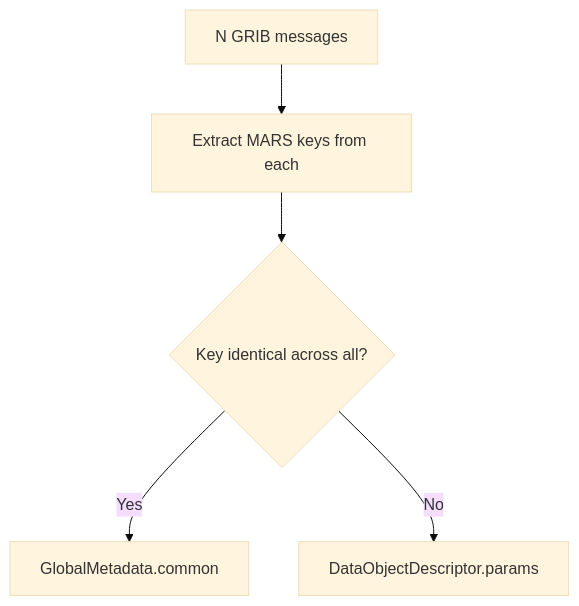
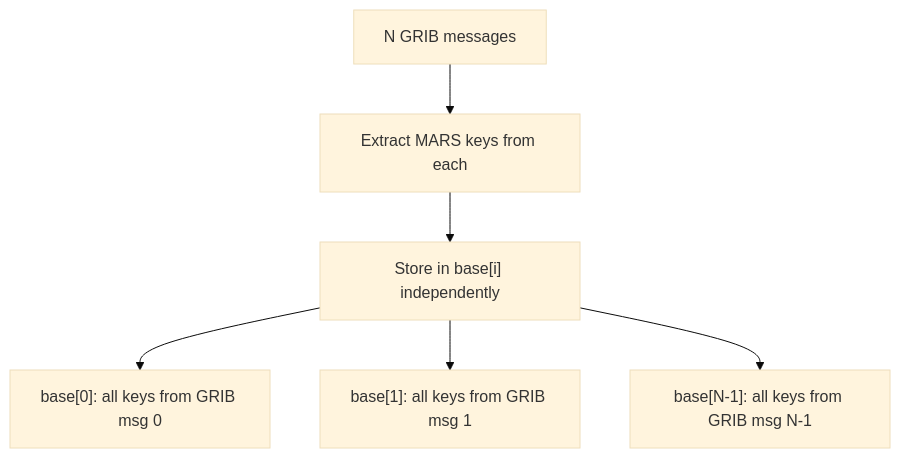
The diagram in docs/src/grib/metadata-mapping.md (ecmwf/tensogram), drawn with Mermaid (base theme) before and after one commit. The commit also changed other lines of this file and 91 other files, not shown here.

First line of the commit message:
refactor!: replace common/payload metadata with per-object base array

````diff
--- a/docs/src/grib/metadata-mapping.md
+++ b/docs/src/grib/metadata-mapping.md
@@ -72,7 +71,8 @@
 ```mermaid
 graph TD
     A[N GRIB messages] --> B[Extract MARS keys from each]
-    B --> C{Key identical across all?}
-    C -->|Yes| D[GlobalMetadata.common]
-    C -->|No| E[DataObjectDescriptor.params]
+    B --> C["Store in base[i] independently"]
+    C --> D["base[0]: all keys from GRIB msg 0"]
+    C --> E["base[1]: all keys from GRIB msg 1"]
+    C --> F["base[N-1]: all keys from GRIB msg N-1"]
 ```
````
